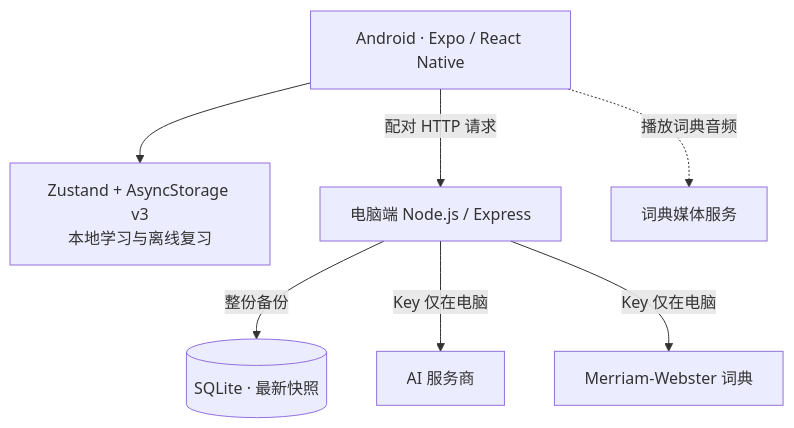
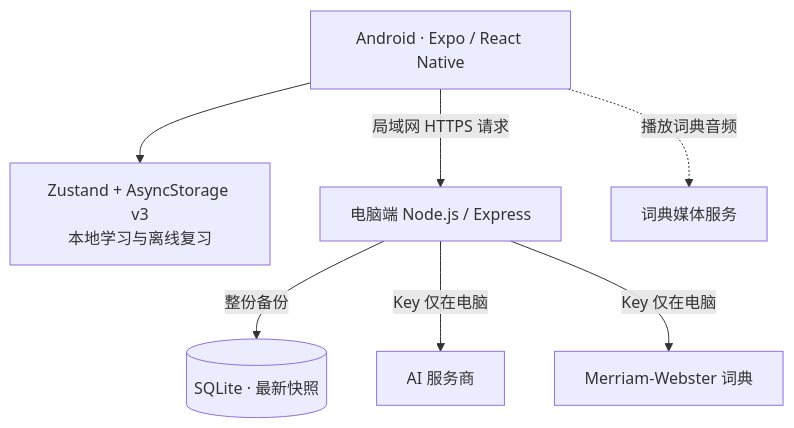
Before and after one commit to ysy6950/LingoNest: the diagram in README.md, drawn with Mermaid. The commit also changed other lines of this file and 80 other files, not shown here.

````diff
--- a/README.md
+++ b/README.md
@@ -48,9 +52,9 @@
 ```mermaid
 flowchart TD
   A[Android · Expo / React Native] --> B["Zustand + AsyncStorage v3<br/>本地学习与离线复习"]
-  A -->|配对 HTTP 请求| C[电脑端 Node.js / Express]
+  A -->|局域网 HTTPS 请求| C[电脑端 Node.js / Express]
   C -->|整份备份| D[(SQLite · 最新快照)]
   C -->|Key 仅在电脑| E[AI 服务商]
   C -->|Key 仅在电脑| F[Merriam-Webster 词典]
   A -.->|播放词典音频| G[词典媒体服务]
 ```
````
